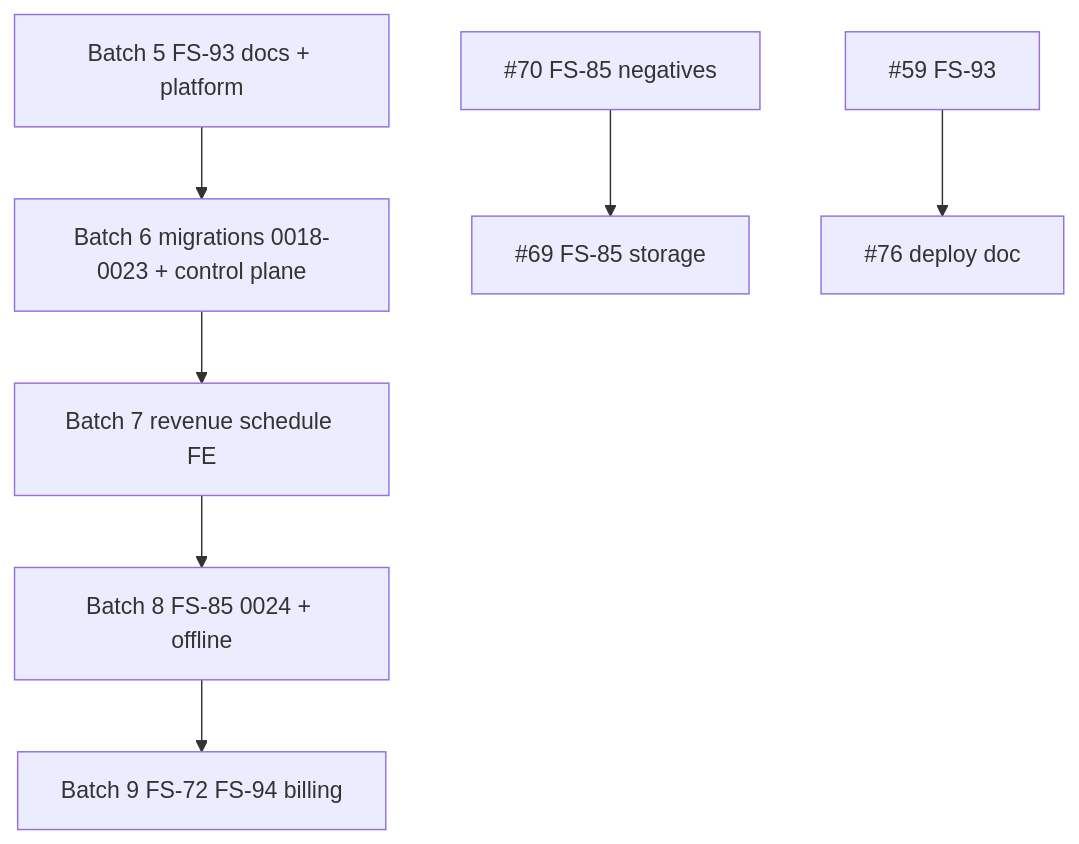
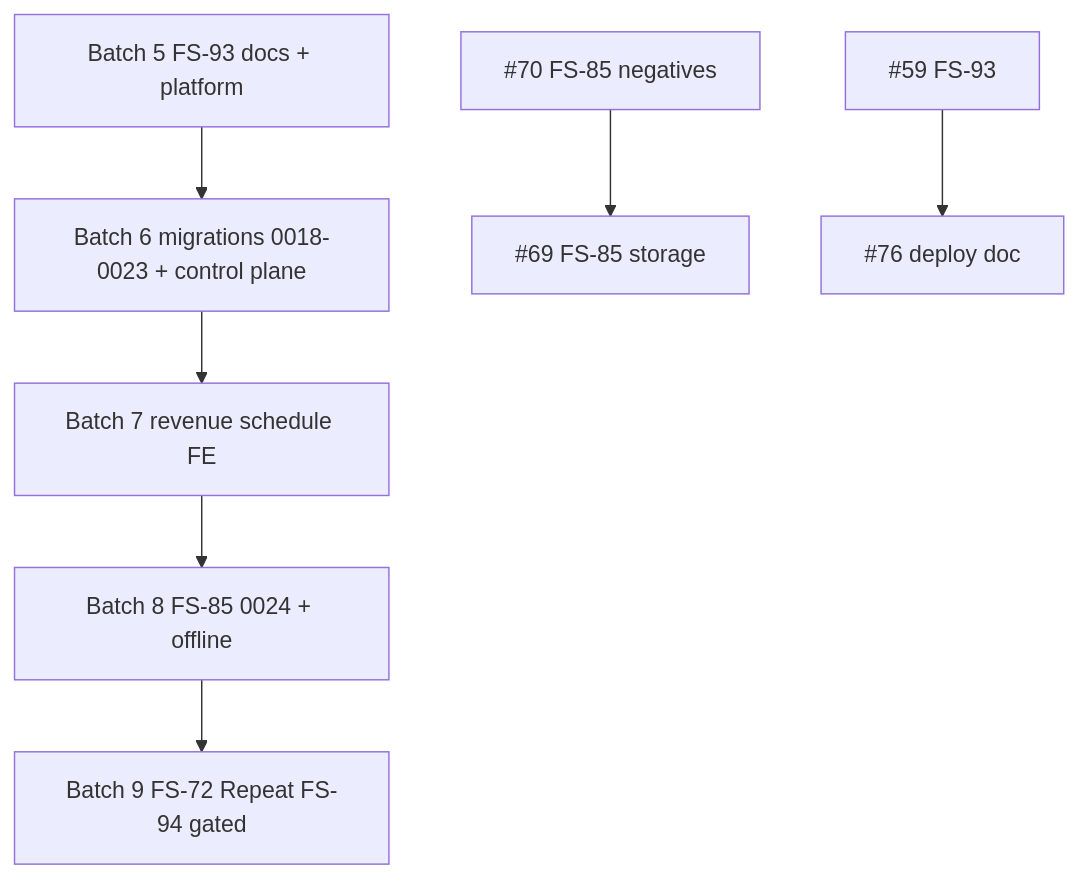
One commit to SimonShaun2/FSM-Platform changed the diagram in docs/planning/BATCH-PLAN-5-9.md. Above: the diagram before and after it, drawn with Mermaid. The commit also changed other lines of this file, not shown here.

````diff
--- a/docs/planning/BATCH-PLAN-5-9.md
+++ b/docs/planning/BATCH-PLAN-5-9.md
@@ -220,14 +274,14 @@
 ```mermaid
 flowchart TD
   B5[Batch 5 FS-93 docs + platform]
   B6[Batch 6 migrations 0018-0023 + control plane]
   B7[Batch 7 revenue schedule FE]
   B8[Batch 8 FS-85 0024 + offline]
-  B9[Batch 9 FS-72 FS-94 billing]
+  B9[Batch 9 FS-72 Repeat FS-94 gated]
   B5 --> B6
   B6 --> B7
   B7 --> B8
   B8 --> B9
   P70[#70 FS-85 negatives] --> P69[#69 FS-85 storage]
   P59[#59 FS-93] --> P76[#76 deploy doc]
 ```
````
